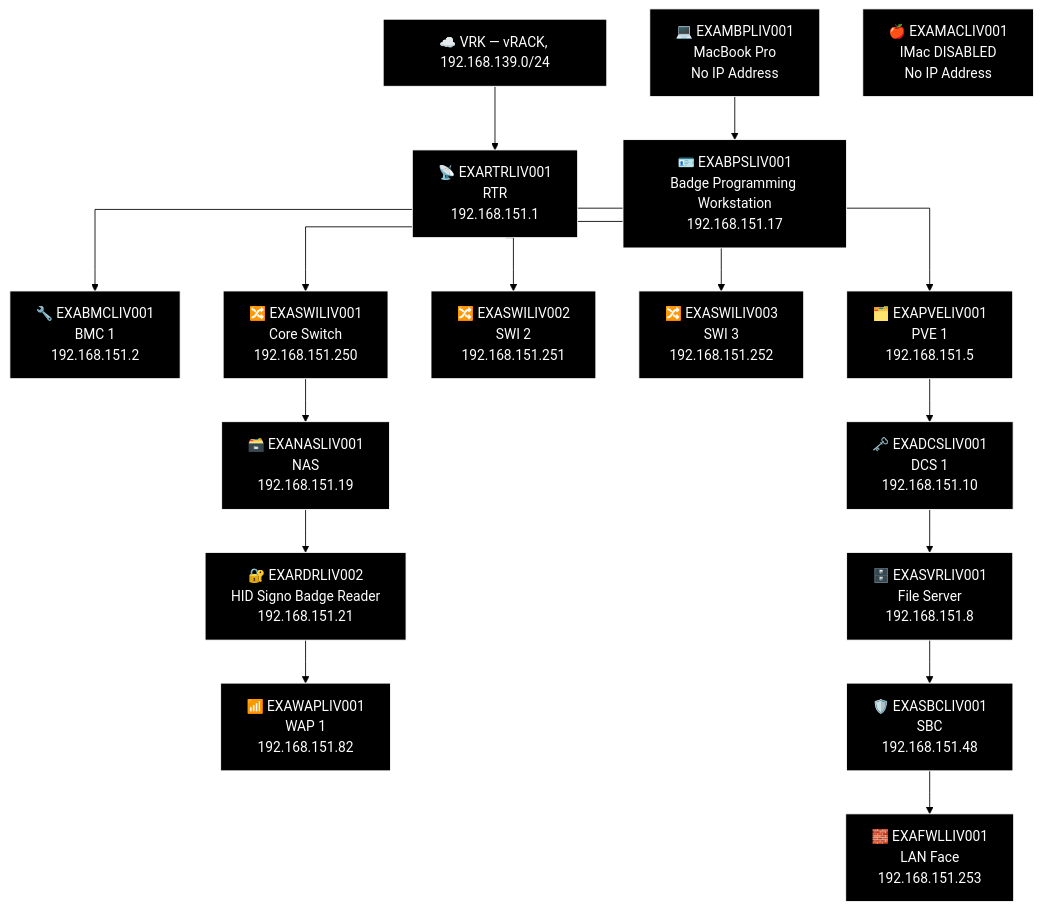
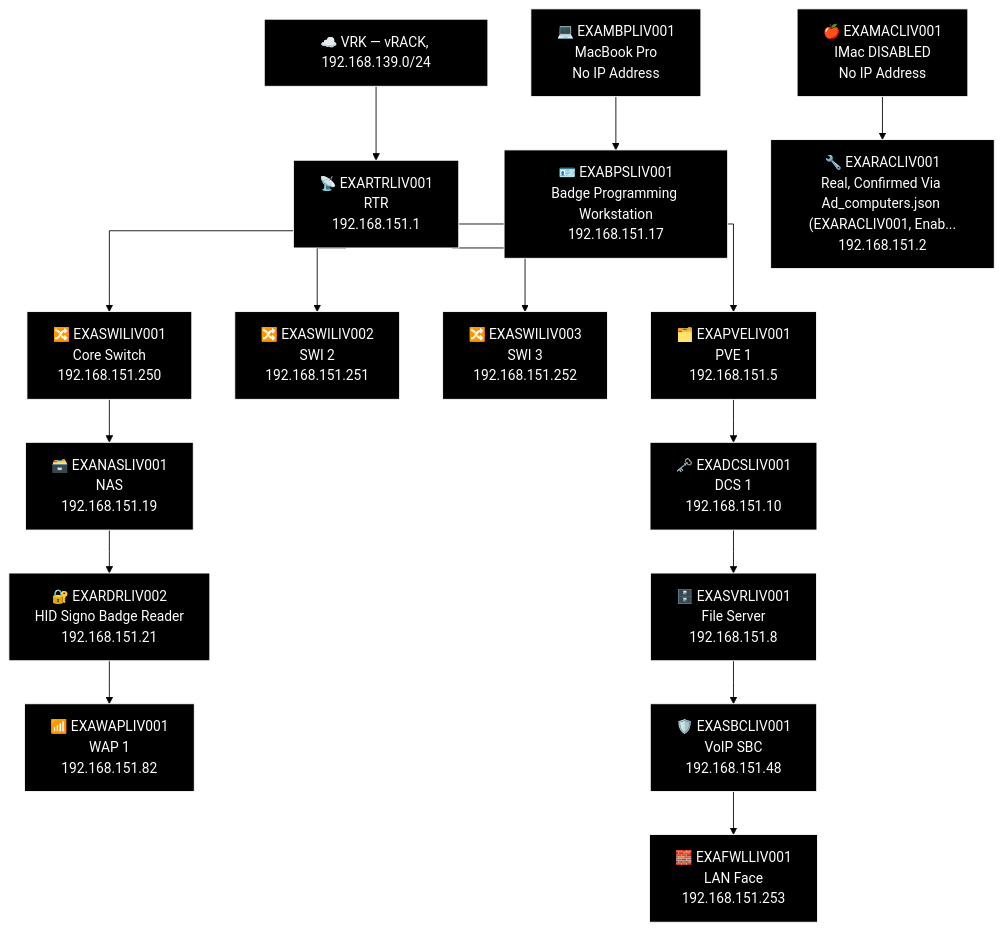
Diagram 12 of 27 in docs/network-diagram/england.md (knightmare2600/example_music_infra), drawn with Mermaid (forest theme) before and after one commit. The commit also changed other lines of this file and 36 other files, not shown here.

First line of the commit message:
devices.csv: add real WAP/SBC/RAC/NAS/ILO/FWL rows for the missing-row backlog

````diff
--- a/docs/network-diagram/england.md
+++ b/docs/network-diagram/england.md
@@ -598,49 +594,49 @@
 ```mermaid
 %% GENERATED:TOPOLOGY:LIV:START
 %%{init: {'flowchart': {'curve': 'stepAfter'}}}%%
 graph TD
     T_VRK["☁️ VRK — vRACK, 192.168.139.0/24"]
     T_RTR["📡 EXARTRLIV001<br/>RTR<br/>192.168.151.1"]
     T_VRK --> T_RTR
-    T_BMC["🔧 EXABMCLIV001<br/>BMC 1<br/>192.168.151.2"]
-    T_RTR --> T_BMC
     T_PVE["🗂️ EXAPVELIV001<br/>PVE 1<br/>192.168.151.5"]
     T_RTR --> T_PVE
     T_SWI["🔀 EXASWILIV002<br/>SWI 2<br/>192.168.151.251"]
     T_RTR --> T_SWI
     T_SWI2["🔀 EXASWILIV003<br/>SWI 3<br/>192.168.151.252"]
     T_RTR --> T_SWI2
     T_SWI3["🔀 EXASWILIV001<br/>Core Switch<br/>192.168.151.250"]
     T_RTR --> T_SWI3
     T_NAS["🗃️ EXANASLIV001<br/>NAS<br/>192.168.151.19"]
     T_RDR["🔐 EXARDRLIV002<br/>HID Signo Badge Reader<br/>192.168.151.21"]
     T_WAP["📶 EXAWAPLIV001<br/>WAP 1<br/>192.168.151.82"]
     T_SWI3 --> T_NAS --> T_RDR --> T_WAP
     T_DCS["🗝️ EXADCSLIV001<br/>DCS 1<br/>192.168.151.10"]
     T_SVR["🗄️ EXASVRLIV001<br/>File Server<br/>192.168.151.8"]
-    T_SBC["🛡️ EXASBCLIV001<br/>SBC<br/>192.168.151.48"]
+    T_SBC["🛡️ EXASBCLIV001<br/>VoIP SBC<br/>192.168.151.48"]
     T_FWL["🧱 EXAFWLLIV001<br/>LAN Face<br/>192.168.151.253"]
     T_PVE --> T_DCS --> T_SVR --> T_SBC --> T_FWL
     T_MBP["💻 EXAMBPLIV001<br/>MacBook Pro<br/>No IP Address"]
     T_MAC["🍎 EXAMACLIV001<br/>IMac DISABLED<br/>No IP Address"]
     T_BPS["🪪 EXABPSLIV001<br/>Badge Programming Workstation<br/>192.168.151.17"]
+    T_RAC["🔧 EXARACLIV001<br/>Real, Confirmed Via Ad_computers.json (EXARACLIV001, Enab...<br/>192.168.151.2"]
     T_MBP --> T_BPS
+    T_MAC --> T_RAC
     style T_VRK fill:#000000,stroke:#FFFFFF,color:#FFFFFF
     style T_RTR fill:#000000,stroke:#FFFFFF,color:#FFFFFF
-    style T_BMC fill:#000000,stroke:#FFFFFF,color:#FFFFFF
     style T_PVE fill:#000000,stroke:#FFFFFF,color:#FFFFFF
     style T_SWI fill:#000000,stroke:#FFFFFF,color:#FFFFFF
     style T_SWI2 fill:#000000,stroke:#FFFFFF,color:#FFFFFF
     style T_SWI3 fill:#000000,stroke:#FFFFFF,color:#FFFFFF
     style T_NAS fill:#000000,stroke:#FFFFFF,color:#FFFFFF
     style T_RDR fill:#000000,stroke:#FFFFFF,color:#FFFFFF
     style T_WAP fill:#000000,stroke:#FFFFFF,color:#FFFFFF
     style T_DCS fill:#000000,stroke:#FFFFFF,color:#FFFFFF
     style T_SVR fill:#000000,stroke:#FFFFFF,color:#FFFFFF
     style T_SBC fill:#000000,stroke:#FFFFFF,color:#FFFFFF
     style T_FWL fill:#000000,stroke:#FFFFFF,color:#FFFFFF
     style T_MBP fill:#000000,stroke:#FFFFFF,color:#FFFFFF
     style T_MAC fill:#000000,stroke:#FFFFFF,color:#FFFFFF
     style T_BPS fill:#000000,stroke:#FFFFFF,color:#FFFFFF
+    style T_RAC fill:#000000,stroke:#FFFFFF,color:#FFFFFF
 %% GENERATED:TOPOLOGY:LIV:END
 ```
````
